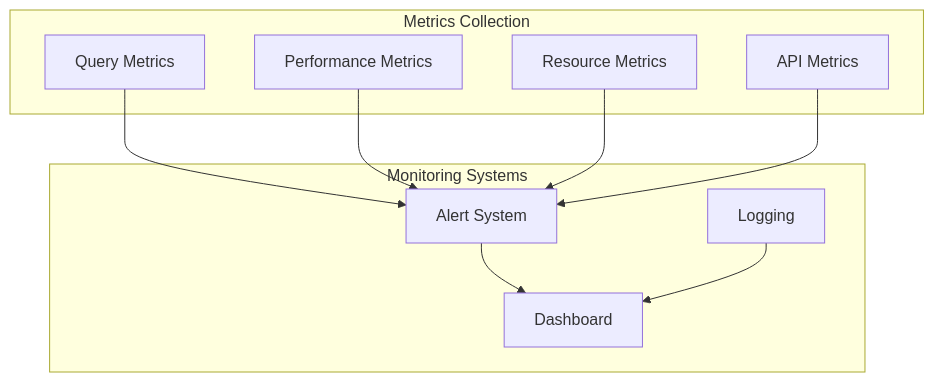
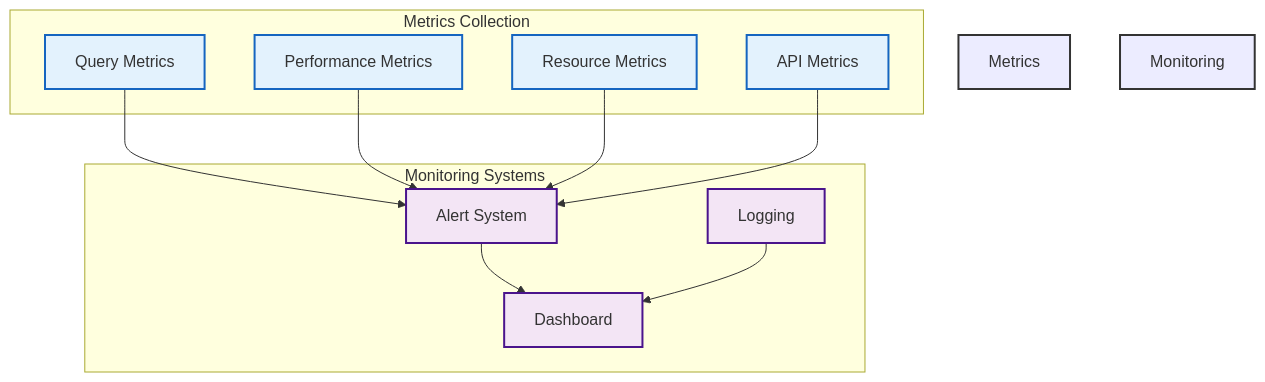
The fifth of 5 diagrams in docs/optimizations.md (nessaee/chess-database), drawn with Mermaid before and after one commit. The commit also changed other lines of this file and 3 other files, not shown here.

````diff
--- a/docs/optimizations.md
+++ b/docs/optimizations.md
@@ -295,23 +347,34 @@
-```mermaid
+<div class="mermaid">
 graph TB
     subgraph "Metrics Collection"
         QM["Query Metrics"]
         PM["Performance Metrics"]
         RM["Resource Metrics"]
         AM["API Metrics"]
     end
     
     subgraph "Monitoring Systems"
         ALERT["Alert System"]
         DASH["Dashboard"]
         LOG["Logging"]
     end
     
     QM --> ALERT
     PM --> ALERT
     RM --> ALERT
     AM --> ALERT
     
     ALERT --> DASH
     LOG --> DASH
-```
+    
+    %% Styling
+    classDef metrics fill:#e3f2fd,stroke:#1565c0,stroke-width:2px;
+    classDef monitoring fill:#f3e5f5,stroke:#4a148c,stroke-width:2px;
+    
+    class QM,PM,RM,AM metrics;
+    class ALERT,DASH,LOG monitoring;
+    
+    %% Group Styling
+    style Metrics Collection fill:#f5f5f5,stroke:#333,stroke-width:2px;
+    style Monitoring Systems fill:#f5f5f5,stroke:#333,stroke-width:2px;
+</div>
````
